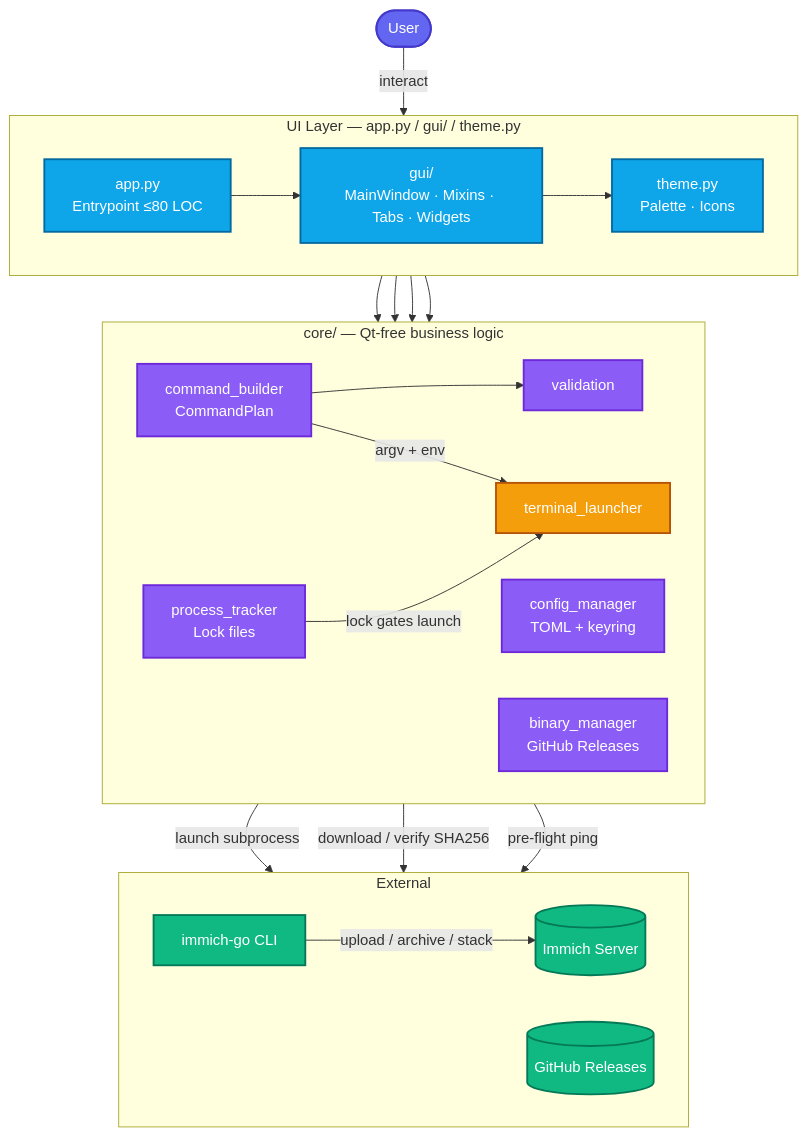
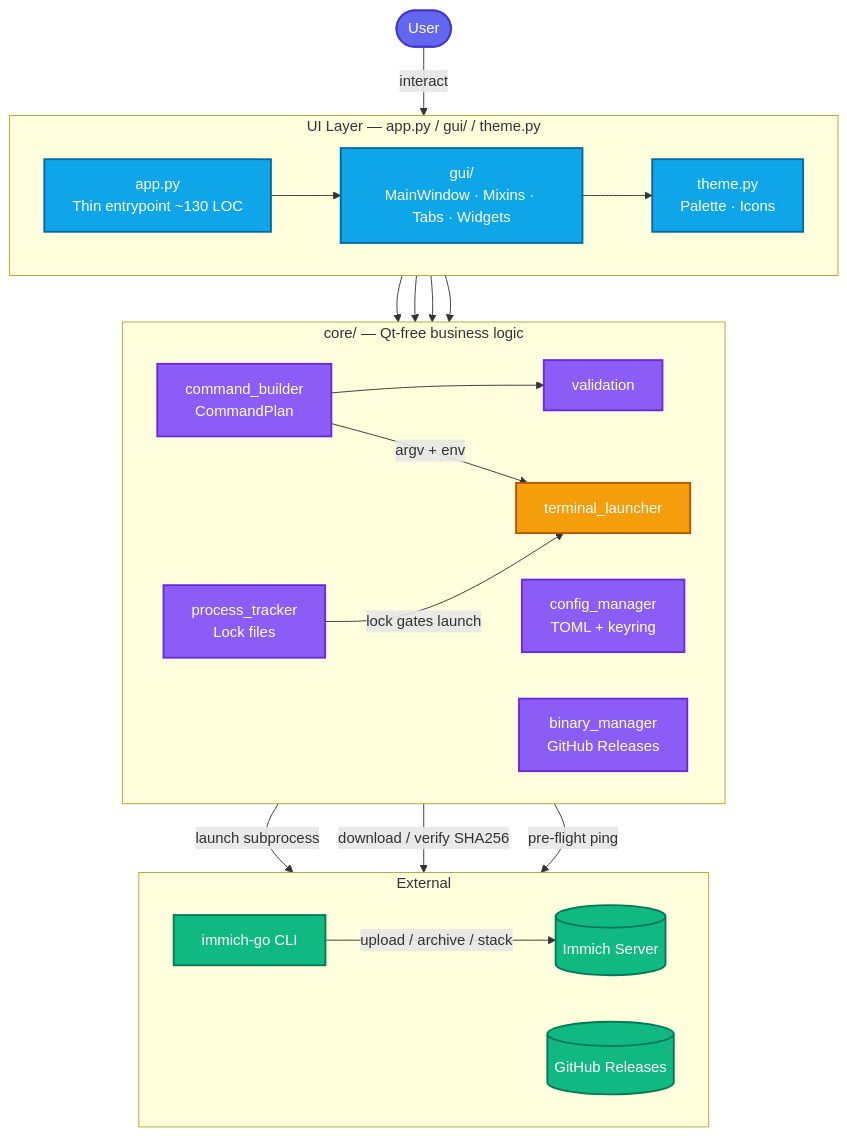
One commit to JESIII/immich-go-gui changed the first of 3 diagrams in docs/developer-guide/architecture.md. Above: the diagram before and after it, drawn with Mermaid. The commit also changed other lines of this file and 1 other file, not shown here.

Commit message:
docs: align architecture and scripts guide with gui package layout

````diff
--- a/docs/developer-guide/architecture.md
+++ b/docs/developer-guide/architecture.md
@@ -7,49 +7,49 @@
 ```mermaid
 flowchart TB
     classDef userStyle fill:#6366f1,stroke:#4338ca,color:#fff,stroke-width:2px
     classDef uiStyle fill:#0ea5e9,stroke:#0369a1,color:#fff,stroke-width:2px
     classDef coreStyle fill:#8b5cf6,stroke:#6d28d9,color:#fff,stroke-width:2px
     classDef runStyle fill:#f59e0b,stroke:#b45309,color:#fff,stroke-width:2px
     classDef extStyle fill:#10b981,stroke:#047857,color:#fff,stroke-width:2px
 
     User([User]):::userStyle
 
     subgraph UI["UI Layer — app.py / gui/ / theme.py"]
         direction LR
-        AppPy[app.py<br/>Entrypoint ≤80 LOC]:::uiStyle
+        AppPy[app.py<br/>Thin entrypoint ~130 LOC]:::uiStyle
         GuiPkg[gui/<br/>MainWindow · Mixins · Tabs · Widgets]:::uiStyle
         ThemePy[theme.py<br/>Palette · Icons]:::uiStyle
     end
 
     subgraph Core["core/ — Qt-free business logic"]
         direction LR
         Builder[command_builder<br/>CommandPlan]:::coreStyle
         Validator[validation]:::coreStyle
         Config[config_manager<br/>TOML + keyring]:::coreStyle
         BinMgr[binary_manager<br/>GitHub Releases]:::coreStyle
         Tracker[process_tracker<br/>Lock files]:::coreStyle
         Terminal[terminal_launcher]:::runStyle
     end
 
     subgraph Ext["External"]
         direction LR
         ImmichGo[immich-go CLI]:::extStyle
         ImmichAPI[(Immich Server)]:::extStyle
         GitHub[(GitHub Releases)]:::extStyle
     end
 
     User -->|interact| GuiPkg
     AppPy --> GuiPkg
     GuiPkg --> ThemePy
     GuiPkg --> Builder
     Builder --> Validator
     GuiPkg --> Config
     GuiPkg --> BinMgr
     GuiPkg --> Tracker
     Builder -->|argv + env| Terminal
     Tracker -->|lock gates launch| Terminal
     Terminal -->|launch subprocess| ImmichGo
     BinMgr -->|download / verify SHA256| GitHub
     Config -->|pre-flight ping| ImmichAPI
     ImmichGo -->|upload / archive / stack| ImmichAPI
 ```
````
